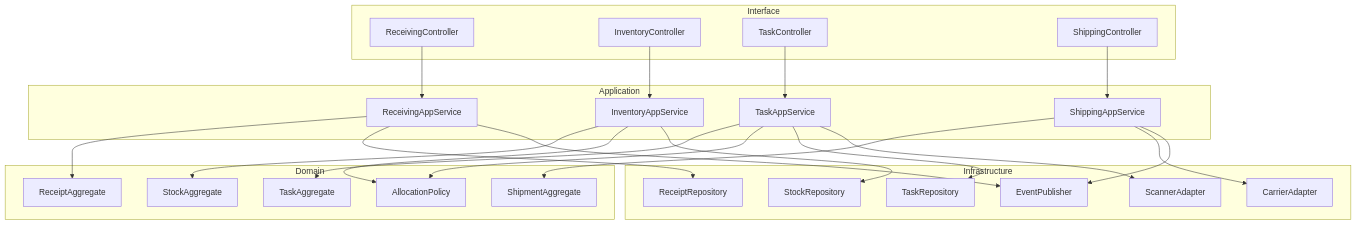
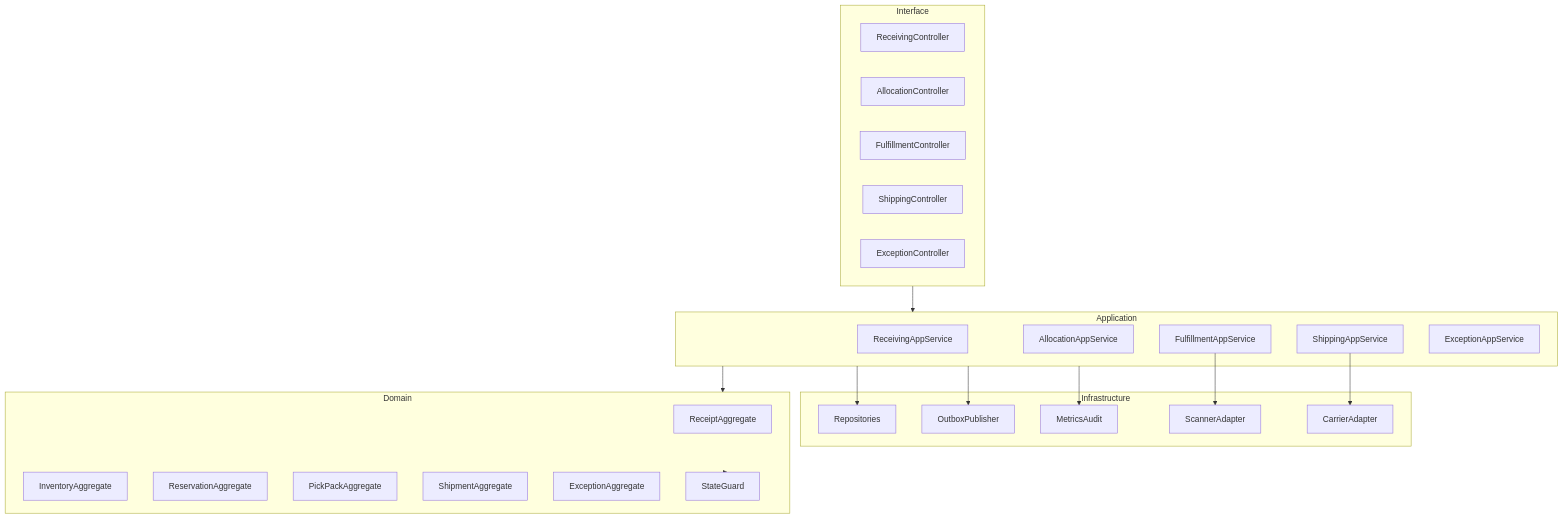
The diagram in Warehouse Management System/implementation/c4-code-diagram.md (0Ankit0/Project-Ideas), drawn with Mermaid before and after one commit. The commit also changed other lines of this file and 38 other files, not shown here.

````diff
--- a/Warehouse Management System/implementation/c4-code-diagram.md
+++ b/Warehouse Management System/implementation/c4-code-diagram.md
@@ -3,50 +3,44 @@
 ```mermaid
 flowchart TB
     subgraph Interface
       ReceivingController
-      InventoryController
-      TaskController
+      AllocationController
+      FulfillmentController
       ShippingController
+      ExceptionController
     end
 
     subgraph Application
       ReceivingAppService
-      InventoryAppService
-      TaskAppService
+      AllocationAppService
+      FulfillmentAppService
       ShippingAppService
+      ExceptionAppService
     end
 
     subgraph Domain
       ReceiptAggregate
-      StockAggregate
-      TaskAggregate
+      InventoryAggregate
+      ReservationAggregate
+      PickPackAggregate
       ShipmentAggregate
-      AllocationPolicy
+      ExceptionAggregate
+      StateGuard
     end
 
     subgraph Infrastructure
-      ReceiptRepository
-      StockRepository
-      TaskRepository
+      Repositories
+      OutboxPublisher
       CarrierAdapter
       ScannerAdapter
-      EventPublisher
+      MetricsAudit
     end
 
-    ReceivingController --> ReceivingAppService --> ReceiptAggregate
-    InventoryController --> InventoryAppService --> StockAggregate
-    TaskController --> TaskAppService --> TaskAggregate
-    ShippingController --> ShippingAppService --> ShipmentAggregate
-
-    InventoryAppService --> AllocationPolicy
-    TaskAppService --> AllocationPolicy
-
-    ReceivingAppService --> ReceiptRepository
-    InventoryAppService --> StockRepository
-    TaskAppService --> TaskRepository
+    Interface --> Application --> Domain
+    Domain --> StateGuard
+    Application --> Repositories
+    Application --> OutboxPublisher
     ShippingAppService --> CarrierAdapter
-    TaskAppService --> ScannerAdapter
-
-    ReceivingAppService --> EventPublisher
-    ShippingAppService --> EventPublisher
+    FulfillmentAppService --> ScannerAdapter
+    Application --> MetricsAudit
 ```
````
